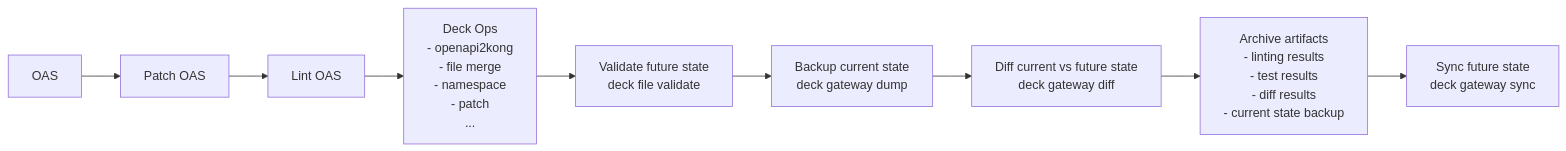
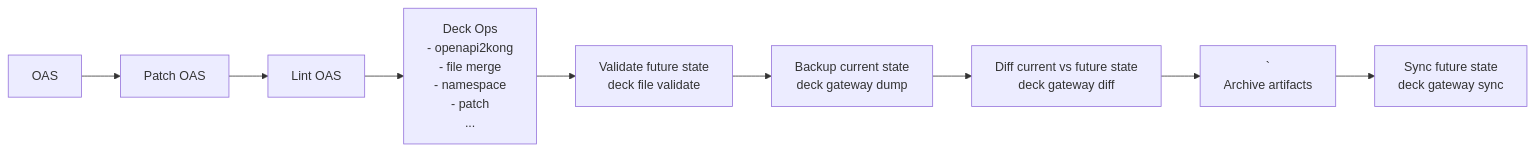
One commit to pantsel/konnect-platform-ops-demo changed the seventh of 7 diagrams in README.md. Above: the diagram before and after it, drawn with Mermaid.

````diff
--- a/README.md
+++ b/README.md
@@ -710,33 +710,29 @@
 ```mermaid
 graph LR;
   A[OAS]
   B[Patch OAS]
   C[Lint OAS]
   D["Deck Ops
     - openapi2kong
     - file merge
     - namespace
     - patch
     ...
   "]
   E[Validate future state
   deck file validate
   ]
   F["Backup current state
   deck gateway dump"]
   G[Diff current vs future state
   deck gateway diff
   ]
-  H[
+  H[`
   Archive artifacts
-  - linting results
-  - test results
-  - diff results
-  - current state backup
   ]
   I[Sync future state
   deck gateway sync
   ]
 
   A --> B --> C --> D --> E --> F --> G --> H --> I
 ```
````
